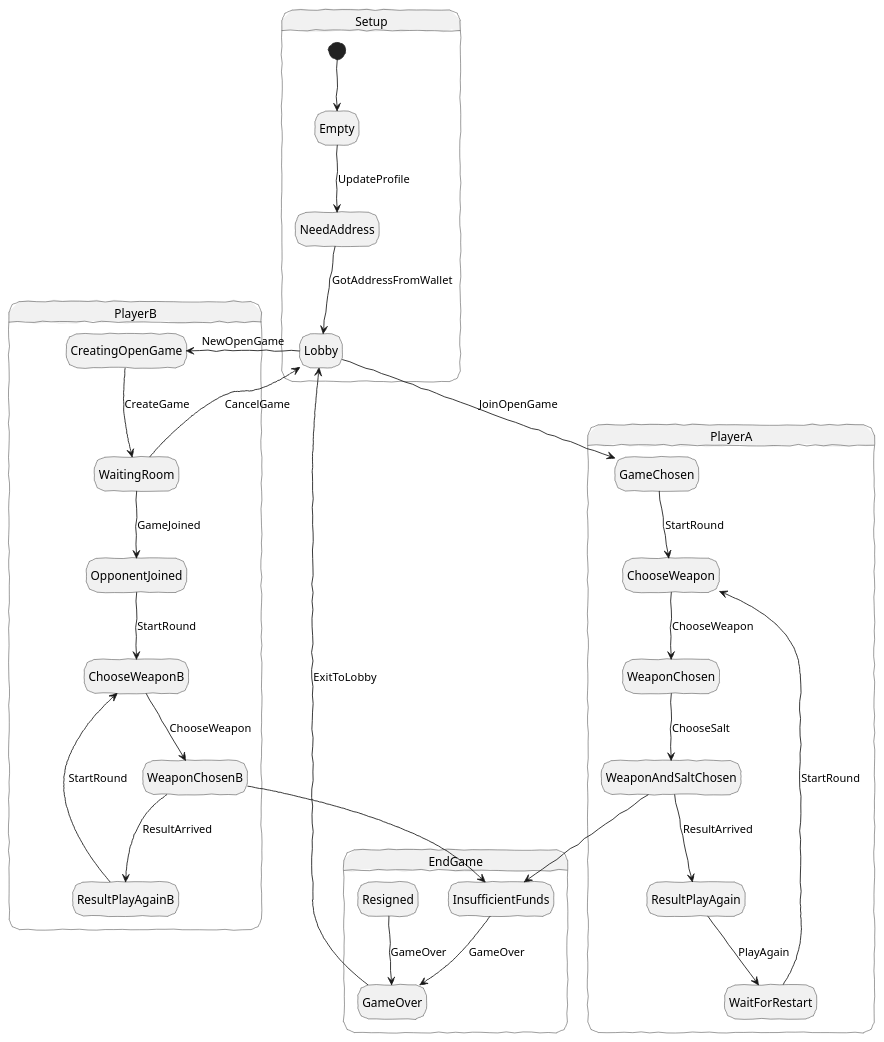
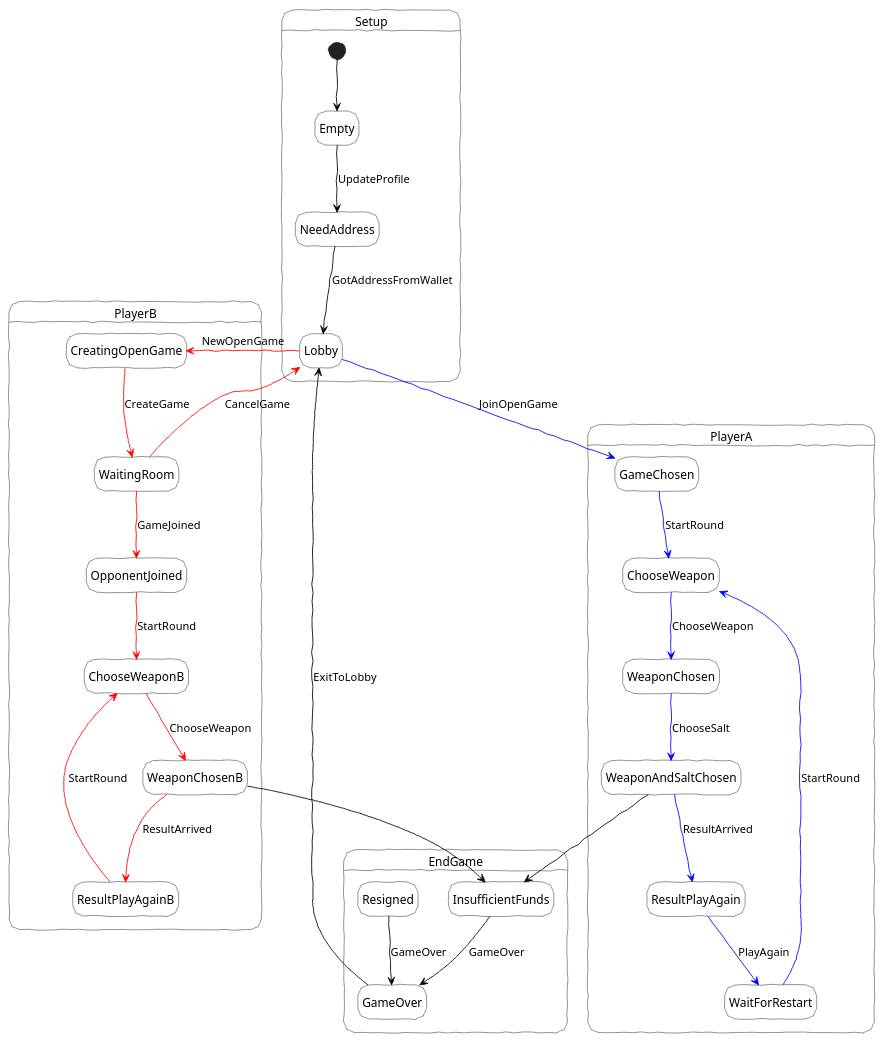
Before and after one commit to statechannels/statechannels: the diagram in packages/rps/notes/rps-plantuml.md, drawn with PlantUML.

Commit message:
Colour flow by each player

````diff
--- a/packages/rps/notes/rps-plantuml.md
+++ b/packages/rps/notes/rps-plantuml.md
@@ -1,56 +1,61 @@
 ```plantuml
 @startuml
-skinparam monochrome true
+skinparam state{
+  BackgroundColor White
+  BackgroundColor<<Warning>> Olive
+  BorderColor Black
+  FontName Helvetica
+}
 skinparam handwritten true
 hide empty description
 ' Startgame
 state Setup{
-    [*] --> Empty
-    Empty --> NeedAddress : UpdateProfile
-    NeedAddress --> Lobby : GotAddressFromWallet
+    [*] -[#black]-> Empty
+    Empty -[#black]-> NeedAddress : UpdateProfile
+    NeedAddress -[#black]-> Lobby : GotAddressFromWallet
 }
 
 ' Player A
     state PlayerA {
-    Lobby --> GameChosen : JoinOpenGame
-    GameChosen --> ChooseWeapon : StartRound
-    ChooseWeapon --> WeaponChosen : ChooseWeapon
-    WeaponChosen --> WeaponAndSaltChosen : ChooseSalt
-    WeaponAndSaltChosen --> ResultPlayAgain : ResultArrived
-    ResultPlayAgain --> WaitForRestart : PlayAgain
-    WaitForRestart --> ChooseWeapon : StartRound
+    Lobby -[#blue]-> GameChosen : JoinOpenGame
+    GameChosen -[#blue]-> ChooseWeapon : StartRound
+    ChooseWeapon -[#blue]-> WeaponChosen : ChooseWeapon
+    WeaponChosen -[#blue]-> WeaponAndSaltChosen : ChooseSalt
+    WeaponAndSaltChosen -[#blue]-> ResultPlayAgain : ResultArrived
+    ResultPlayAgain -[#blue]-> WaitForRestart : PlayAgain
+    WaitForRestart -[#blue]-> ChooseWeapon : StartRound
     }
 
 ' Player B
 ' NOTE: ChooseWeaponB is actually just ChooseWeapon. Could refactor code to make it clearer though
     state PlayerB {
-    Lobby --> CreatingOpenGame : NewOpenGame
-    CreatingOpenGame --> WaitingRoom : CreateGame
-    WaitingRoom --> Lobby: CancelGame
-    WaitingRoom --> OpponentJoined : GameJoined
-    OpponentJoined -->ChooseWeaponB : StartRound
-    ChooseWeaponB --> WeaponChosenB : ChooseWeapon
-    WeaponChosenB --> ResultPlayAgainB : ResultArrived
-    ResultPlayAgainB --> ChooseWeaponB : StartRound
+    Lobby -[#red]-> CreatingOpenGame : NewOpenGame
+    CreatingOpenGame -[#red]-> WaitingRoom : CreateGame
+    WaitingRoom -[#red]-> Lobby: CancelGame
+    WaitingRoom -[#red]-> OpponentJoined : GameJoined
+    OpponentJoined -[#red]->ChooseWeaponB : StartRound
+    ChooseWeaponB -[#red]-> WeaponChosenB : ChooseWeapon
+    WeaponChosenB -[#red]-> ResultPlayAgainB : ResultArrived
+    ResultPlayAgainB -[#red]-> ChooseWeaponB : StartRound
     }
 
 ' Endgame
 state EndGame {
-    WeaponChosenB --> InsufficientFunds
-    WeaponAndSaltChosen --> InsufficientFunds
-    InsufficientFunds --> GameOver : GameOver
-    GameOver --> Lobby : ExitToLobby
-    Resigned --> GameOver : GameOver
+    WeaponChosenB -[#black]-> InsufficientFunds
+    WeaponAndSaltChosen -[#black]-> InsufficientFunds
+    InsufficientFunds -[#black]-> GameOver : GameOver
+    GameOver -[#black]-> Lobby : ExitToLobby
+    Resigned -[#black]-> GameOver : GameOver
 }
 
 ' Map States to Views
 '    Empty: <Profile />
 '    NeedAddress: <Lobby />
 '    Lobby: <Lobby />
 '    CreatingOpenGame: <Lobby />
 '    WaitingRoom: <WaitingRoom />
 '    GameChosen: <ProposeGame />
 '    OpponentJoined: <OpponentJoined />
 '    ChooseWeapon: <ChooseWeapon />
 @enduml
 ```
````
